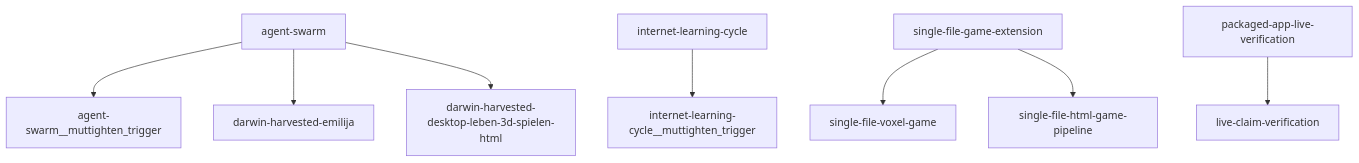
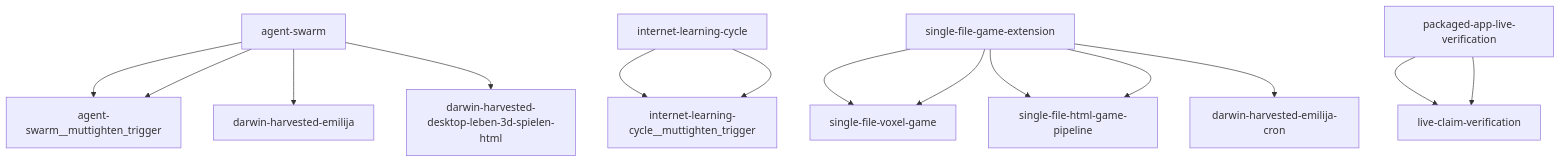
Before and after one commit to openamer/openamer: the diagram in reports/darwin-report.md, drawn with Mermaid. The commit also changed other lines of this file and 11 other files, not shown here.

````diff
--- a/reports/darwin-report.md
+++ b/reports/darwin-report.md
@@ -41,10 +41,16 @@
 ```mermaid
 graph TD
     agent-swarm["agent-swarm"] --> agent-swarm__muttighten_trigger["agent-swarm__muttighten_trigger"]
     internet-learning-cycle["internet-learning-cycle"] --> internet-learning-cycle__muttighten_trigger["internet-learning-cycle__muttighten_trigger"]
     agent-swarm["agent-swarm"] --> darwin-harvested-emilija["darwin-harvested-emilija"]
     agent-swarm["agent-swarm"] --> darwin-harvested-desktop-leben-3d-spielen-html["darwin-harvested-desktop-leben-3d-spielen-html"]
     single-file-game-extension["single-file-game-extension"] --> single-file-voxel-game["single-file-voxel-game"]
     single-file-game-extension["single-file-game-extension"] --> single-file-html-game-pipeline["single-file-html-game-pipeline"]
     packaged-app-live-verification["packaged-app-live-verification"] --> live-claim-verification["live-claim-verification"]
+    agent-swarm["agent-swarm"] --> agent-swarm__muttighten_trigger["agent-swarm__muttighten_trigger"]
+    internet-learning-cycle["internet-learning-cycle"] --> internet-learning-cycle__muttighten_trigger["internet-learning-cycle__muttighten_trigger"]
+    single-file-game-extension["single-file-game-extension"] --> darwin-harvested-emilija-cron["darwin-harvested-emilija-cron"]
+    single-file-game-extension["single-file-game-extension"] --> single-file-voxel-game["single-file-voxel-game"]
+    single-file-game-extension["single-file-game-extension"] --> single-file-html-game-pipeline["single-file-html-game-pipeline"]
+    packaged-app-live-verification["packaged-app-live-verification"] --> live-claim-verification["live-claim-verification"]
 ```
````
